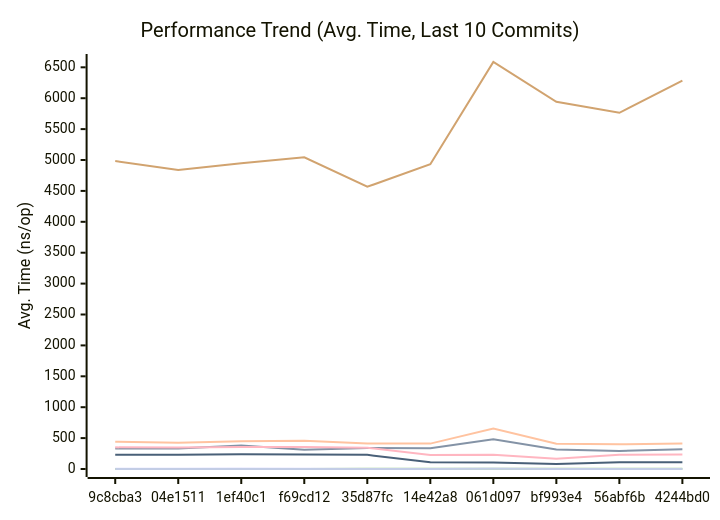
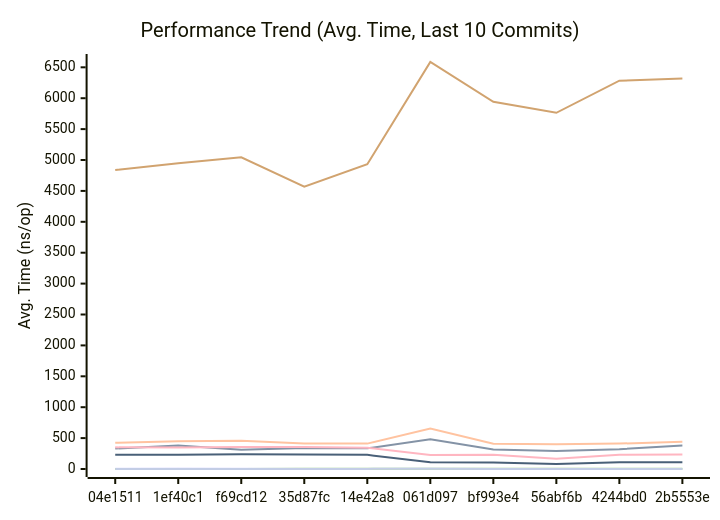
Before and after one commit to alsotoes/momo: the first of 3 diagrams in docs/PERFORMANCE.md, drawn with Mermaid. The commit also changed other lines of this file and 3 other files, not shown here.

````diff
--- a/docs/PERFORMANCE.md
+++ b/docs/PERFORMANCE.md
@@ -80,16 +80,16 @@
 ```mermaid
 xychart-beta
     title "Performance Trend (Avg. Time, Last 10 Commits)"
     x-axis "Commit"
     y-axis "Avg. Time (ns/op)"
-    x-axis [9c8cba3,04e1511,1ef40c1,f69cd12,35d87fc,14e42a8,061d097,bf993e4,56abf6b,4244bd0]
-    line "CheckMetricsAndSwap" [9,8,12,9,7,8,11,7,9,8]
-    line "CrushOptimized" [330,331,380,310,340,334,480,316,291,320]
-    line "CrushOriginal" [442,423,449,456,411,411,653,408,400,411]
+    x-axis [04e1511,1ef40c1,f69cd12,35d87fc,14e42a8,061d097,bf993e4,56abf6b,4244bd0,2b5553e]
+    line "CheckMetricsAndSwap" [8,12,9,7,8,11,7,9,8,8]
+    line "CrushOptimized" [331,380,310,340,334,480,316,291,320,382]
+    line "CrushOriginal" [423,449,456,411,411,653,408,400,411,439]
     line "IndexDirectTracking" [0,0,0,0,0,0,0,0,0,0]
-    line "IndexSearch" [2,2,2,2,3,3,3,3,3,3]
-    line "LoadGlobalConfig" [4983,4838,4948,5045,4567,4932,6586,5941,5764,6283]
-    line "PadString" [2,2,2,2,2,2,3,2,2,2]
+    line "IndexSearch" [2,2,2,3,3,3,3,3,3,3]
+    line "LoadGlobalConfig" [4838,4948,5045,4567,4932,6586,5941,5764,6283,6321]
+    line "PadString" [2,2,2,2,2,3,2,2,2,2]
     line "ParseReplicationOrder_NoPrealloc" [350,349,357,354,345,225,229,165,232,234]
     line "ParseReplicationOrder_Prealloc" [229,231,237,234,229,108,107,80,110,109]
 ```
````
